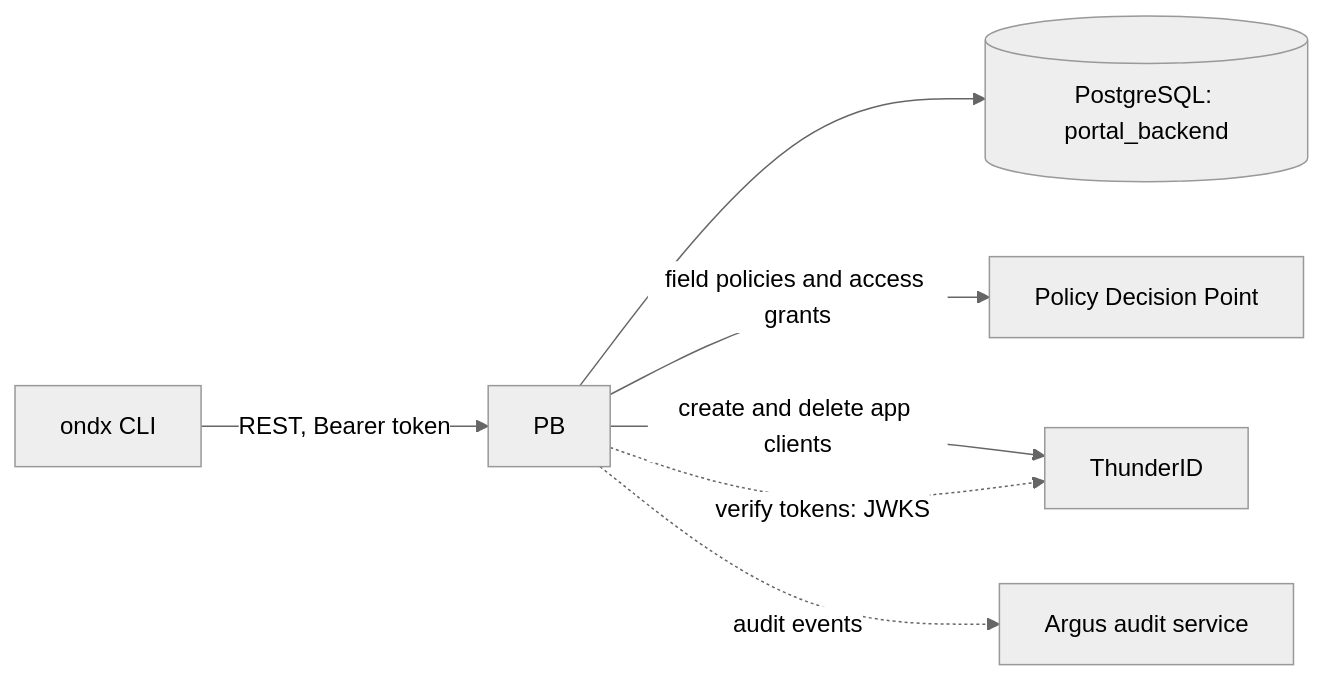
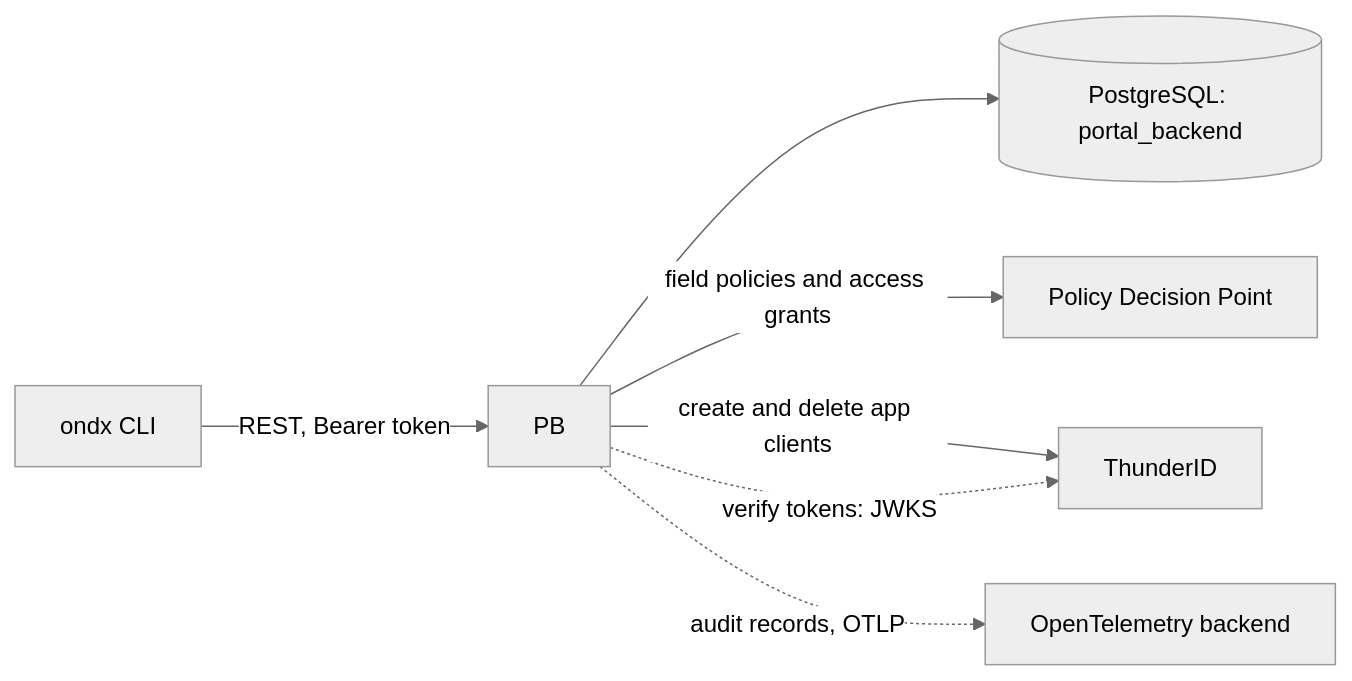
One commit to openndx/openndx-core changed the first of 2 diagrams in cmd/pb/README.md. Above: the diagram before and after it, drawn with Mermaid (neutral theme). The commit also changed other lines of this file and 37 other files, not shown here.

First line of the commit message:
feat(oe,pb)!: write audit records over OTLP and remove Argus (#816)

````diff
--- a/cmd/pb/README.md
+++ b/cmd/pb/README.md
@@ -9,9 +9,9 @@
 ```mermaid
 flowchart LR
     CLI[ondx CLI] -->|REST, Bearer token| PB
     PB --> DB[(PostgreSQL: portal_backend)]
     PB -->|field policies and access grants| PDP[Policy Decision Point]
     PB -->|create and delete app clients| IDP[ThunderID]
     PB -.->|verify tokens: JWKS| IDP
-    PB -.->|audit events| A[Argus audit service]
+    PB -.->|audit records, OTLP| A[OpenTelemetry backend]
 ```
````
